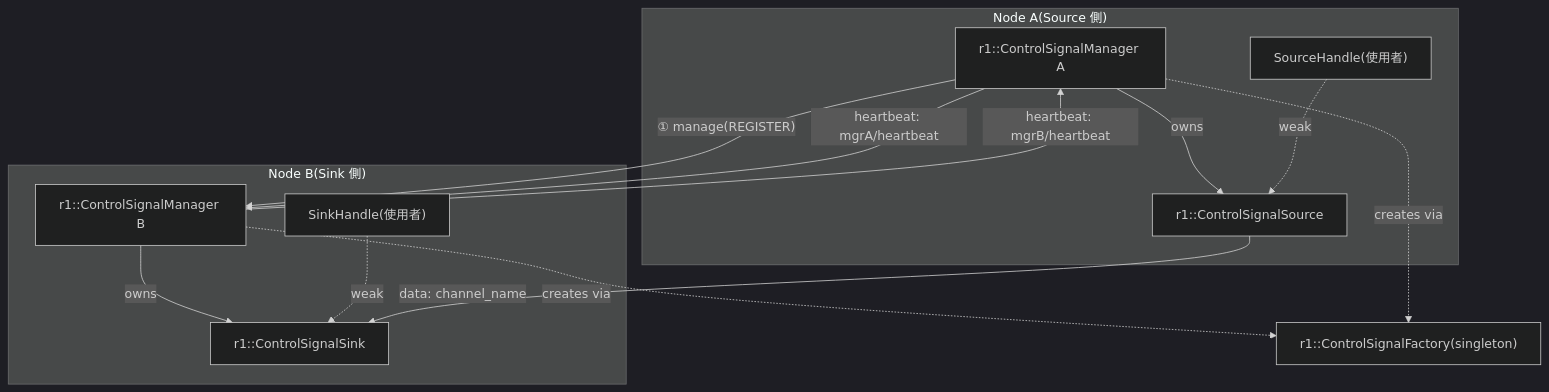
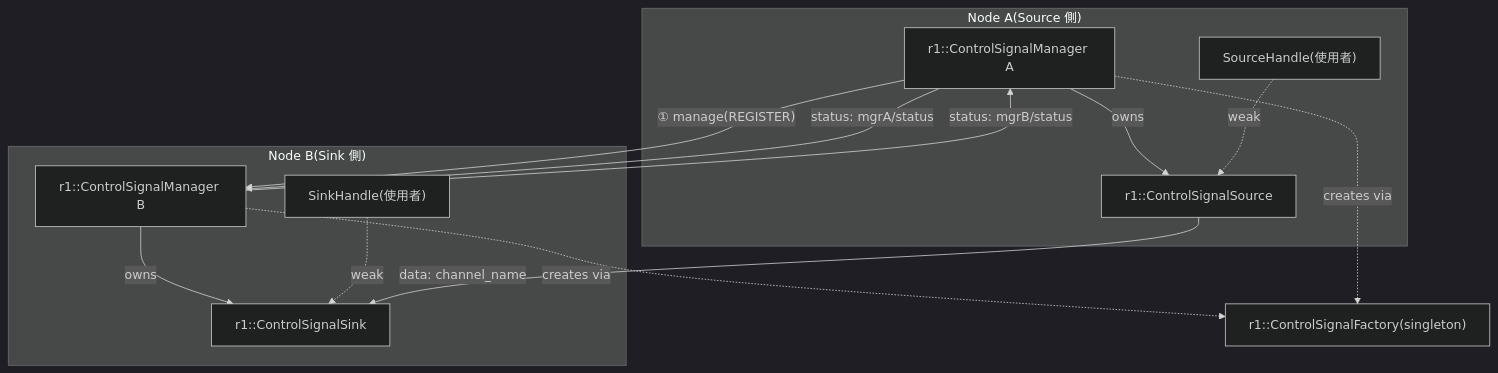
Before and after one commit to cocobird231/rv2_project: the first of 3 diagrams in r1_design_draft.md, drawn with Mermaid (dark theme). The commit also changed other lines of this file, not shown here.

First line of the commit message:
doc: R1 CST draft v0.3.0 — RAII, reconnectable DISCONNECTED, ManagerStatus, data-rate, registerCallback

````diff
--- a/r1_design_draft.md
+++ b/r1_design_draft.md
@@ -116,24 +139,24 @@
 ```mermaid
 graph TB
     subgraph NodeA["Node A(Source 側)"]
         MA["r1::ControlSignalManager A"]
         SRC["r1::ControlSignalSource"]
         HA["SourceHandle(使用者)"]
         MA -->|owns| SRC
         HA -.weak.-> SRC
     end
     subgraph NodeB["Node B(Sink 側)"]
         MB["r1::ControlSignalManager B"]
         SNK["r1::ControlSignalSink"]
         HB["SinkHandle(使用者)"]
         MB -->|owns| SNK
         HB -.weak.-> SNK
     end
     MA -->|"① manage(REGISTER)"| MB
     SRC -->|"data: channel_name"| SNK
-    MB -->|"heartbeat: mgrB/heartbeat"| MA
-    MA -->|"heartbeat: mgrA/heartbeat"| MB
+    MB -->|"status: mgrB/status"| MA
+    MA -->|"status: mgrA/status"| MB
     F["r1::ControlSignalFactory(singleton)"]
     MA -.creates via.-> F
     MB -.creates via.-> F
 ```
````
